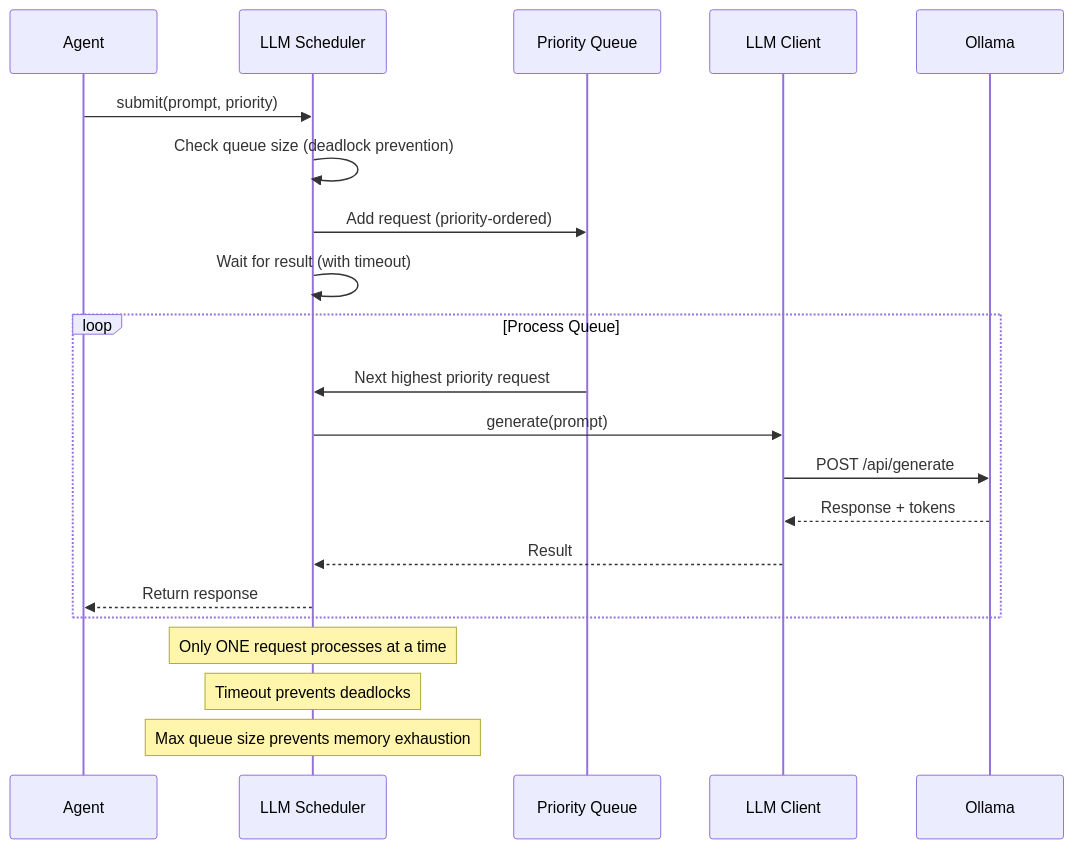
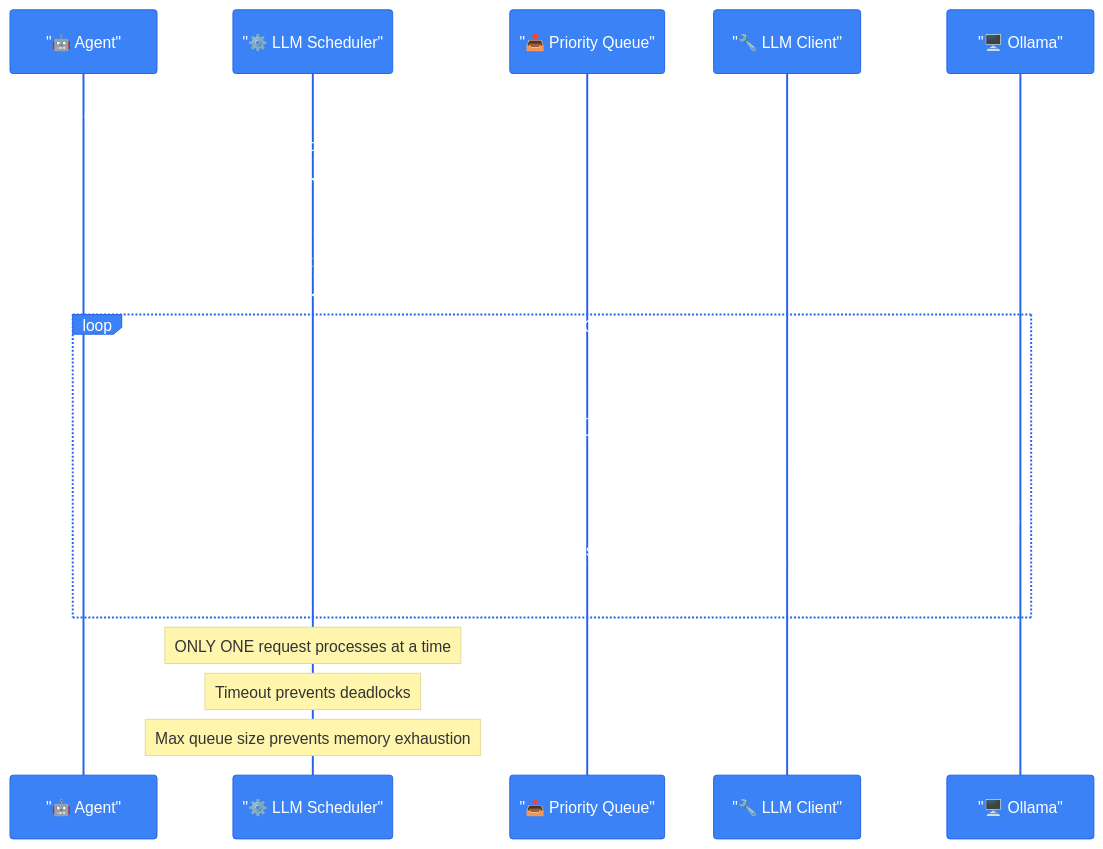
The third of 4 diagrams in architecture.md (anasshahid1/multi-agent-platform), drawn with Mermaid before and after one commit. The commit also changed other lines of this file and 5 other files, not shown here.

First line of the commit message:
Update architecture diagrams with color styling and port change

````diff
--- a/architecture.md
+++ b/architecture.md
@@ -161,26 +176,27 @@
 ```mermaid
+%%{init: {'theme': 'base', 'themeVariables': {'background': '#ffffff', 'primaryColor': '#3b82f6', 'primaryTextColor': '#ffffff', 'primaryBorderColor': '#2563eb', 'lineColor': '#94a3b8', 'secondaryColor': '#f1f5f9', 'tertiaryColor': '#e2e8f0'}}}%%
 sequenceDiagram
-    participant Agent
-    participant Scheduler as LLM Scheduler
-    participant Queue as Priority Queue
-    participant Client as LLM Client
-    participant Ollama
+    participant Agent as "🤖 Agent"
+    participant Scheduler as "⚙️ LLM Scheduler"
+    participant Queue as "📥 Priority Queue"
+    participant Client as "🔧 LLM Client"
+    participant Ollama as "🖥️ Ollama"
 
     Agent->>Scheduler: submit(prompt, priority)
     Scheduler->>Scheduler: Check queue size (deadlock prevention)
     Scheduler->>Queue: Add request (priority-ordered)
     Scheduler->>Scheduler: Wait for result (with timeout)
 
     loop Process Queue
         Queue->>Scheduler: Next highest priority request
         Scheduler->>Client: generate(prompt)
         Client->>Ollama: POST /api/generate
-        Ollama-->>Client: Response + tokens
-        Client-->>Scheduler: Result
+        Ollama-->>Client: Response + token stats
+        Client-->>Scheduler: LLMResponse
         Scheduler-->>Agent: Return response
     end
 
-    Note over Scheduler: Only ONE request processes at a time
+    Note over Scheduler: ONLY ONE request processes at a time
     Note over Scheduler: Timeout prevents deadlocks
     Note over Scheduler: Max queue size prevents memory exhaustion
 ```
````
